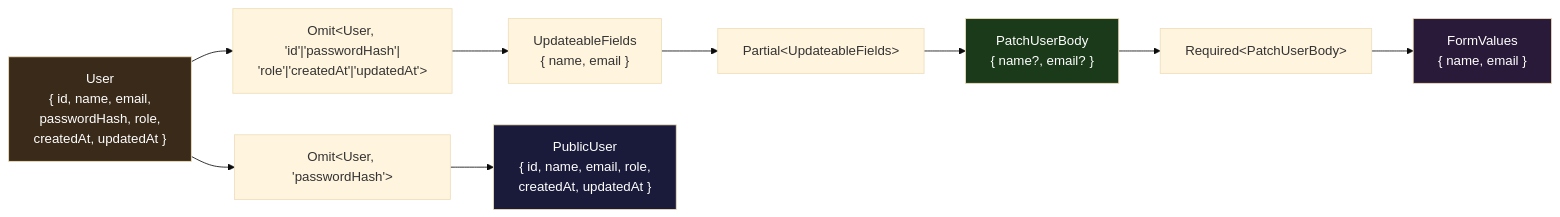
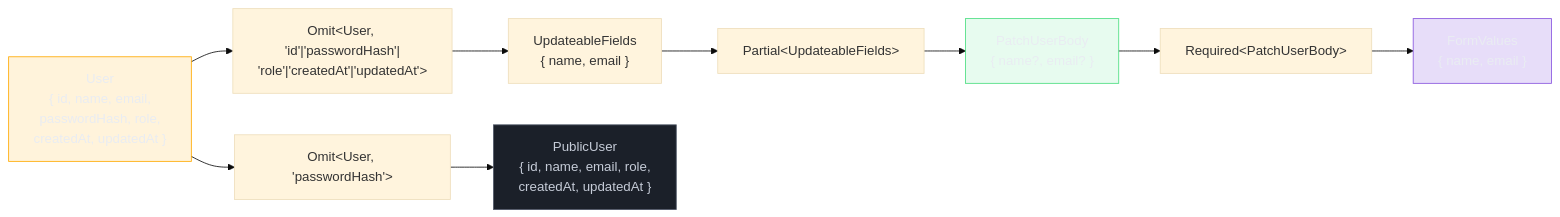
The sixth of 6 diagrams in 03-Dominios/Tecnologia/TypeScript/18 - Utility types - e como reconstruí-los.md (josenaldo/codex-technomanticus), drawn with Mermaid (base theme) before and after one commit. The commit also changed other lines of this file and 1181 other files, not shown here.

First line of the commit message:
fix(diagramas): paleta do sistema no lugar de cor cravada no markdown

````diff
--- a/03-Dominios/Tecnologia/TypeScript/18 - Utility types - e como reconstruí-los.md
+++ b/03-Dominios/Tecnologia/TypeScript/18 - Utility types - e como reconstruí-los.md
@@ -604,25 +616,29 @@
 ```mermaid
 flowchart LR
+    classDef destaque fill:#FFAA0024,stroke:#FFAA00,color:#E9ECF2
+    classDef ok fill:#4ADE8021,stroke:#4ADE80,color:#E9ECF2
+    classDef neutro fill:#1B2029,stroke:#4E5666,color:#C6CCD8
+    classDef marca fill:#8855DF33,stroke:#8855DF,color:#E9ECF2
     User["User\n{ id, name, email,\npasswordHash, role,\ncreatedAt, updatedAt }"]
 
     Omit1["Omit&lt;User, 'id'|'passwordHash'|\n'role'|'createdAt'|'updatedAt'&gt;"]
     UpdateableFields["UpdateableFields\n{ name, email }"]
 
     Partial1["Partial&lt;UpdateableFields&gt;"]
     PatchBody["PatchUserBody\n{ name?, email? }"]
 
     Omit2["Omit&lt;User, 'passwordHash'&gt;"]
     PublicUser["PublicUser\n{ id, name, email, role,\ncreatedAt, updatedAt }"]
 
     Required1["Required&lt;PatchUserBody&gt;"]
     FormValues["FormValues\n{ name, email }"]
 
     User --> Omit1 --> UpdateableFields --> Partial1 --> PatchBody
     User --> Omit2 --> PublicUser
     PatchBody --> Required1 --> FormValues
 
-    style User fill:#3a2a1a,color:#fff
-    style PatchBody fill:#1a3a1a,color:#fff
-    style PublicUser fill:#1a1a3a,color:#fff
-    style FormValues fill:#2a1a3a,color:#fff
+    class User destaque
+    class PatchBody ok
+    class PublicUser neutro
+    class FormValues marca
 ```
````
